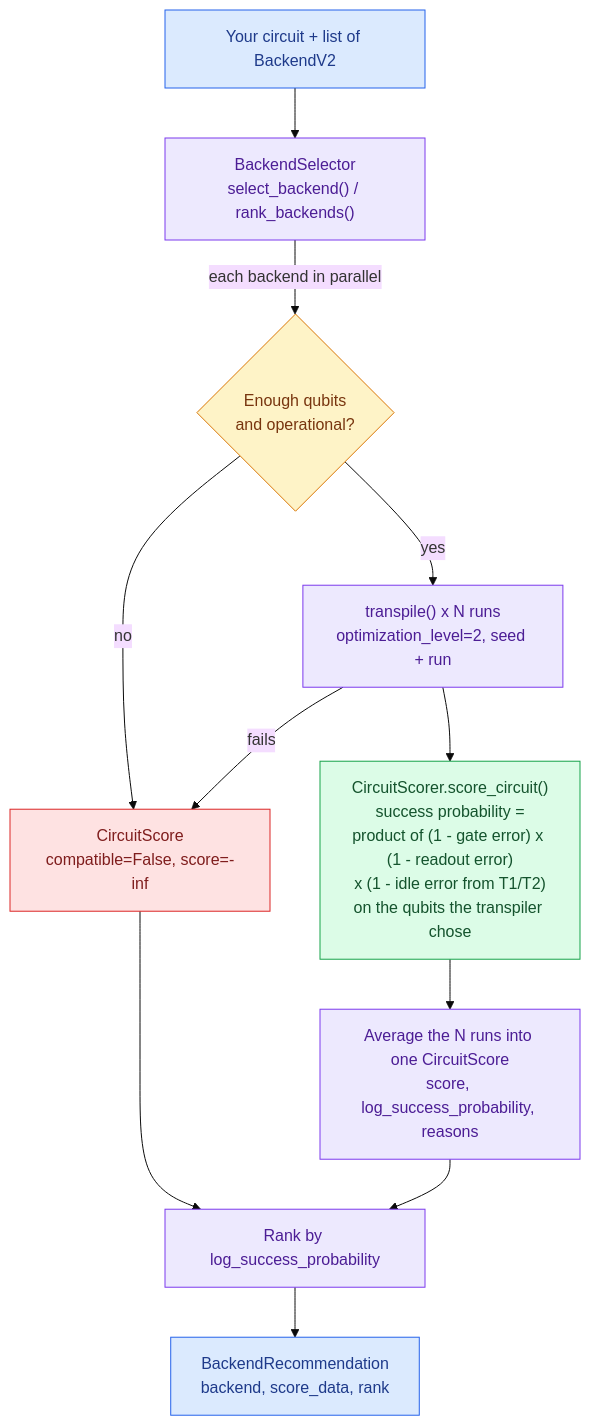
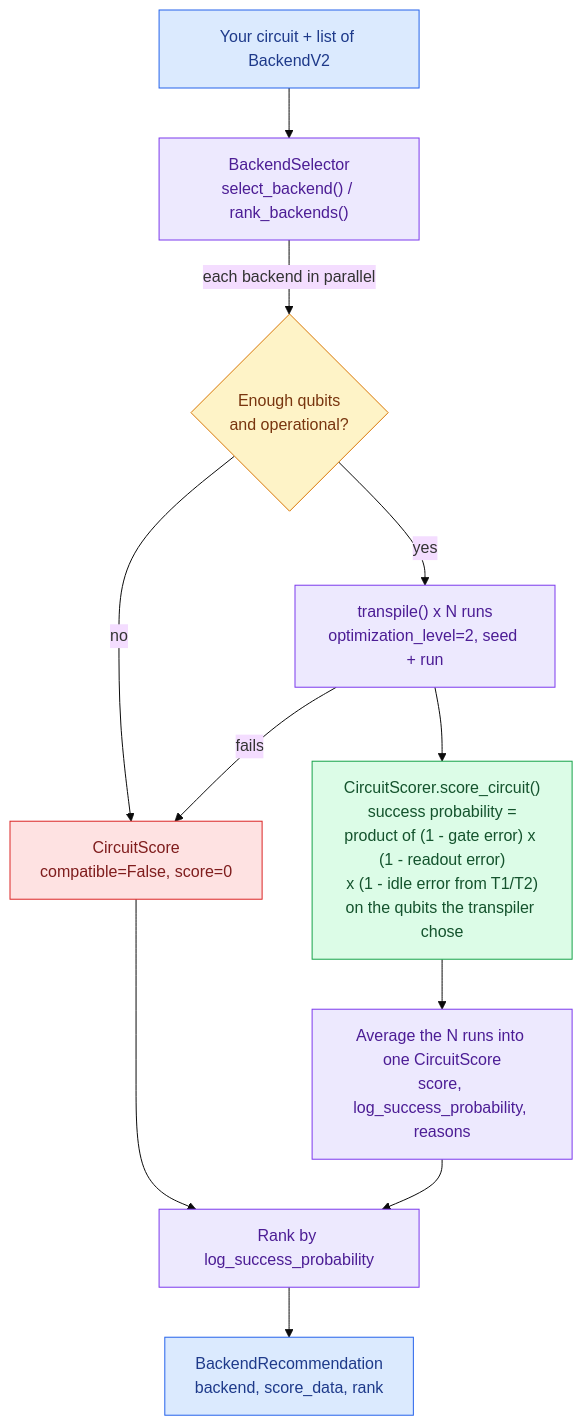
Before and after one commit to sevetseh28/enhanced_quantum_backend_selector: the diagram in enhanced-quantum-backend-selector/README.md, drawn with Mermaid (base theme). The commit also changed other lines of this file and 7 other files, not shown here.

````diff
--- a/enhanced-quantum-backend-selector/README.md
+++ b/enhanced-quantum-backend-selector/README.md
@@ -44,24 +44,24 @@
 ```mermaid
 flowchart TD
     IN["Your circuit + list of BackendV2"] --> BS["BackendSelector<br/>select_backend() / rank_backends()"]
     BS -->|"each backend in parallel"| CHK{"Enough qubits<br/>and operational?"}
-    CHK -->|no| INC["CircuitScore<br/>compatible=False, score=-inf"]
+    CHK -->|no| INC["CircuitScore<br/>compatible=False, score=0"]
     CHK -->|yes| TR["transpile() x N runs<br/>optimization_level=2, seed + run"]
     TR -->|fails| INC
     TR --> CS["CircuitScorer.score_circuit()<br/>success probability =<br/>product of (1 - gate error) x (1 - readout error)<br/>x (1 - idle error from T1/T2)<br/>on the qubits the transpiler chose"]
     CS --> AVG["Average the N runs into one CircuitScore<br/>score, log_success_probability, reasons"]
     AVG --> RANK["Rank by log_success_probability"]
     INC --> RANK
     RANK --> OUT["BackendRecommendation<br/>backend, score_data, rank"]
 
     classDef io fill:#dbeafe,stroke:#2563eb,color:#1e3a8a
     classDef selector fill:#ede9fe,stroke:#7c3aed,color:#4c1d95
     classDef scorer fill:#dcfce7,stroke:#16a34a,color:#14532d
     classDef check fill:#fef3c7,stroke:#d97706,color:#78350f
     classDef bad fill:#fee2e2,stroke:#dc2626,color:#7f1d1d
     class IN,OUT io
     class BS,TR,AVG,RANK selector
     class CS scorer
     class CHK check
     class INC bad
 ```
````
